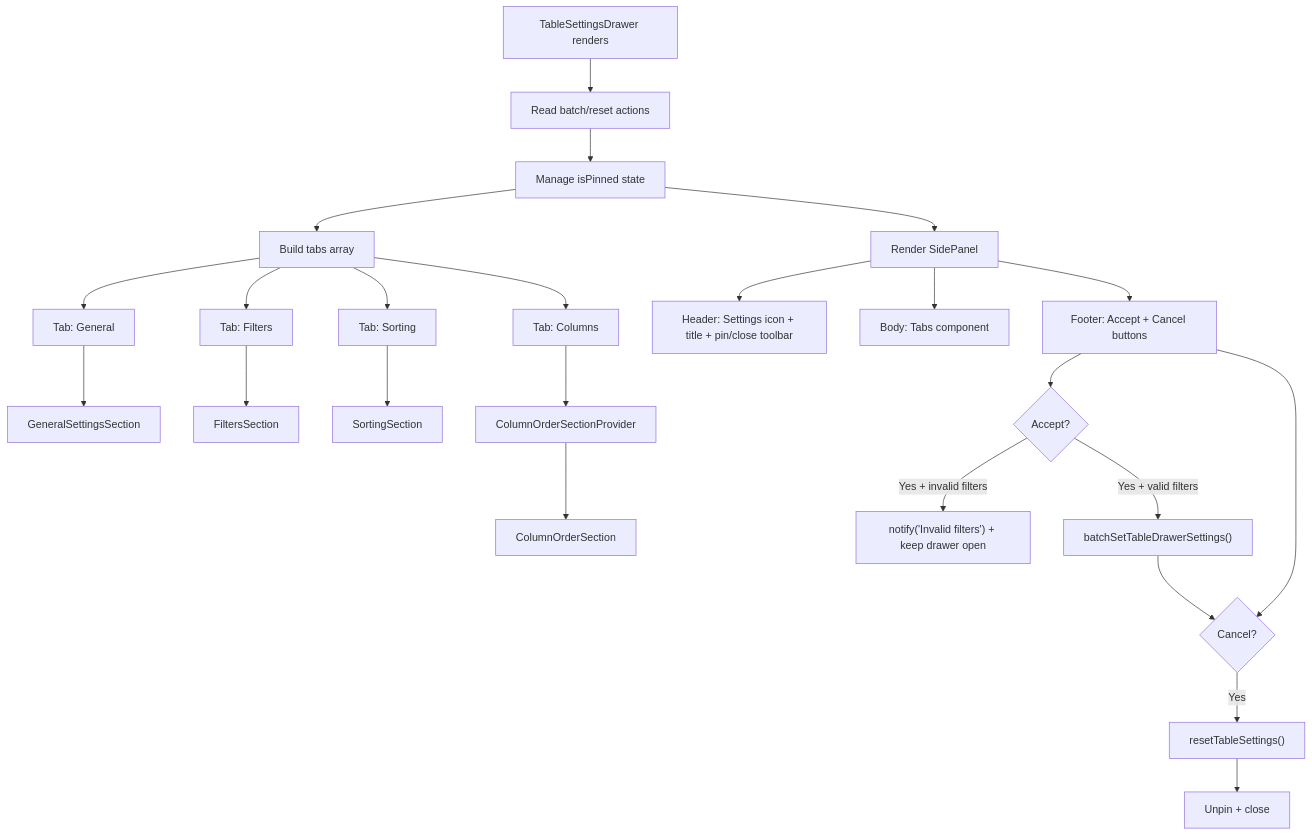
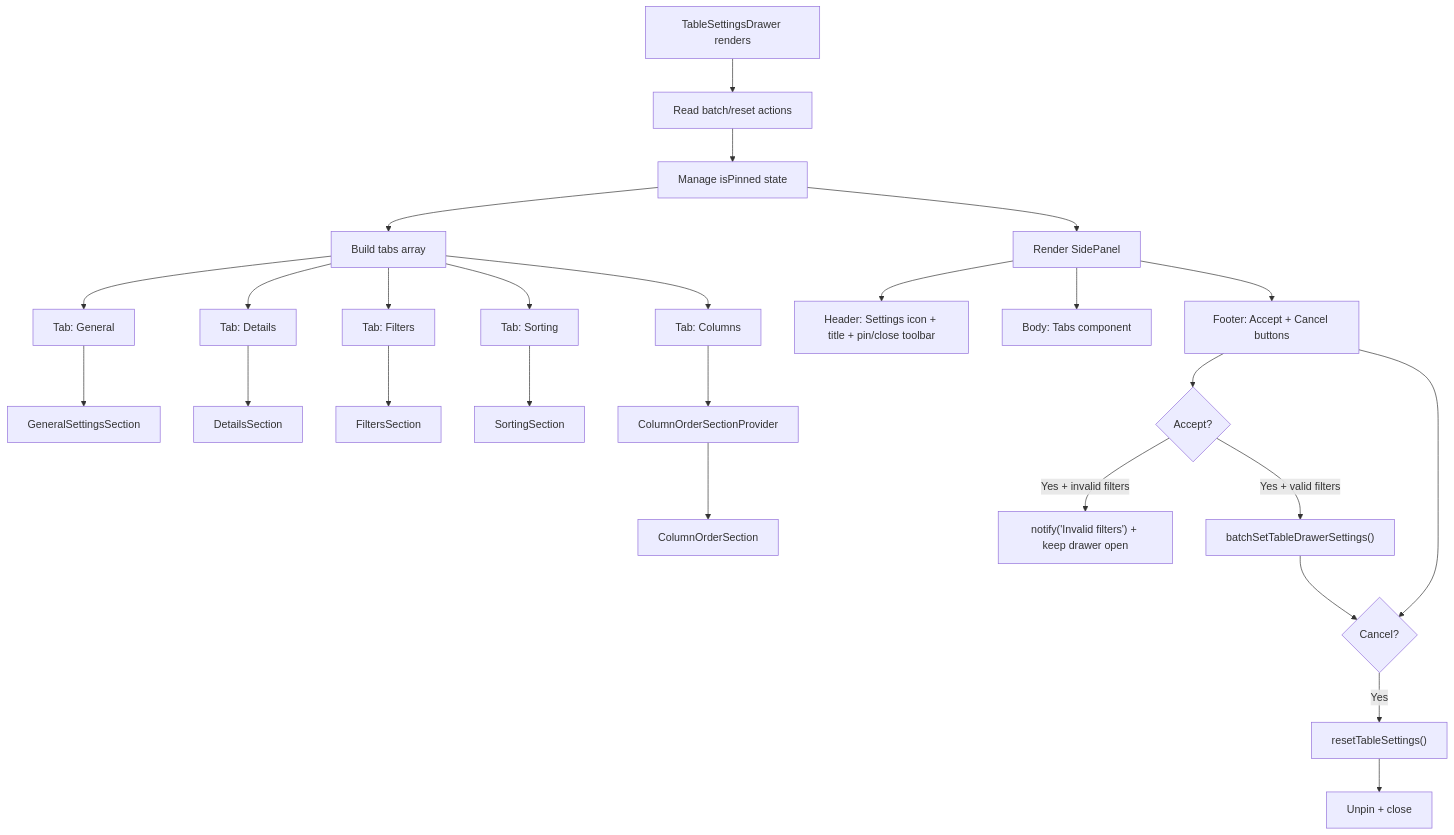
One commit to luciocabrera/lcabrera-stack changed the second of 3 diagrams in apps/react-router/src/components/Table/TableSettingsDrawer/ARCHITECTURE.md. Above: the diagram before and after it, drawn with Mermaid. The commit also changed other lines of this file and 28 other files, not shown here.

````diff
--- a/apps/react-router/src/components/Table/TableSettingsDrawer/ARCHITECTURE.md
+++ b/apps/react-router/src/components/Table/TableSettingsDrawer/ARCHITECTURE.md
@@ -122,32 +131,35 @@
 ```mermaid
 graph TD
   A["TableSettingsDrawer renders"] --> B["Read batch/reset actions"]
   B --> C["Manage isPinned state"]
   C --> D["Build tabs array"]
 
   D --> E["Tab: General"]
   E --> F["GeneralSettingsSection"]
+
+  D --> E2["Tab: Details"]
+  E2 --> F2["DetailsSection"]
 
   D --> G["Tab: Filters"]
   G --> H["FiltersSection"]
 
   D --> I["Tab: Sorting"]
   I --> J["SortingSection"]
 
   D --> K["Tab: Columns"]
   K --> L["ColumnOrderSectionProvider"]
   L --> M["ColumnOrderSection"]
 
   C --> N["Render SidePanel"]
   N --> O["Header: Settings icon + title + pin/close toolbar"]
   N --> P["Body: Tabs component"]
   N --> Q["Footer: Accept + Cancel buttons"]
 
   Q --> R{"Accept?"}
   R -->|Yes + invalid filters| S["notify('Invalid filters') + keep drawer open"]
   R -->|Yes + valid filters| T["batchSetTableDrawerSettings()"]
   T --> U["Unpin + close"]
   Q --> U{"Cancel?"}
   U -->|Yes| V["resetTableSettings()"]
   V --> W["Unpin + close"]
 ```
````
